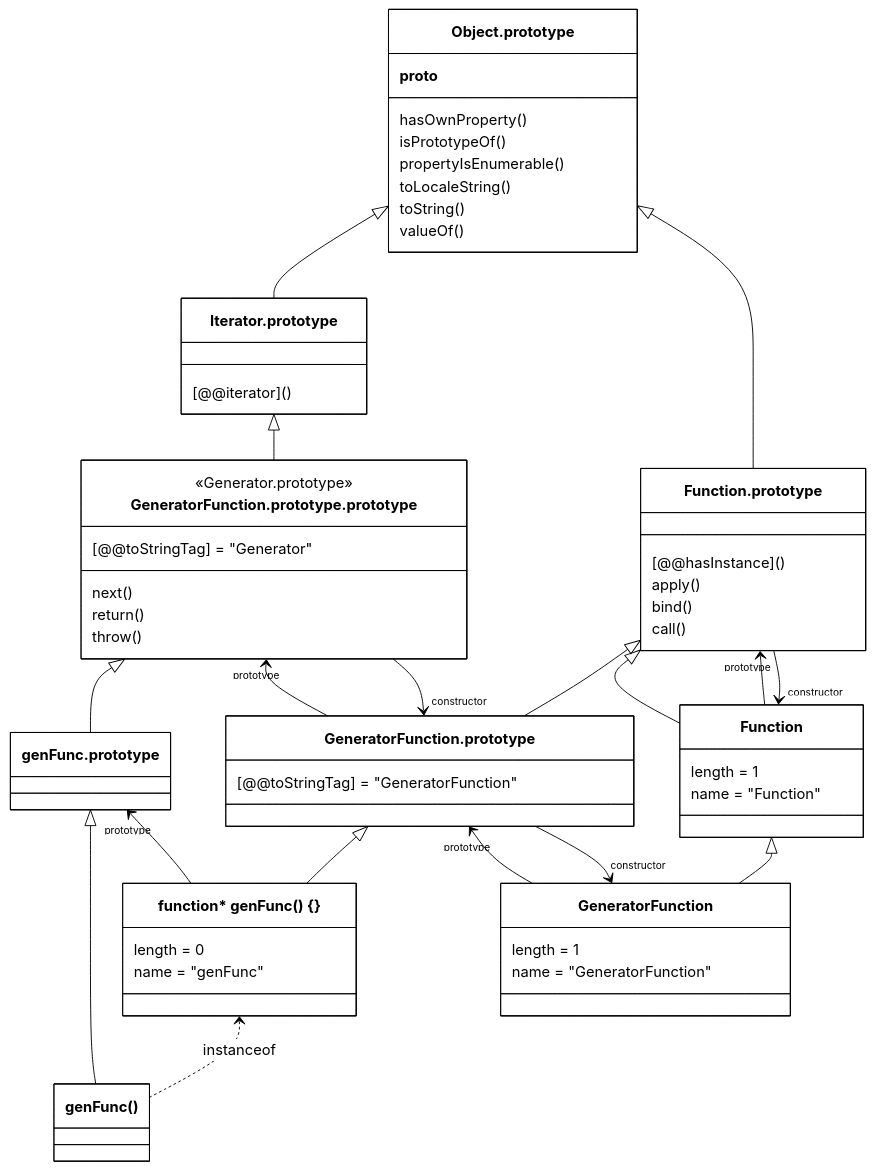
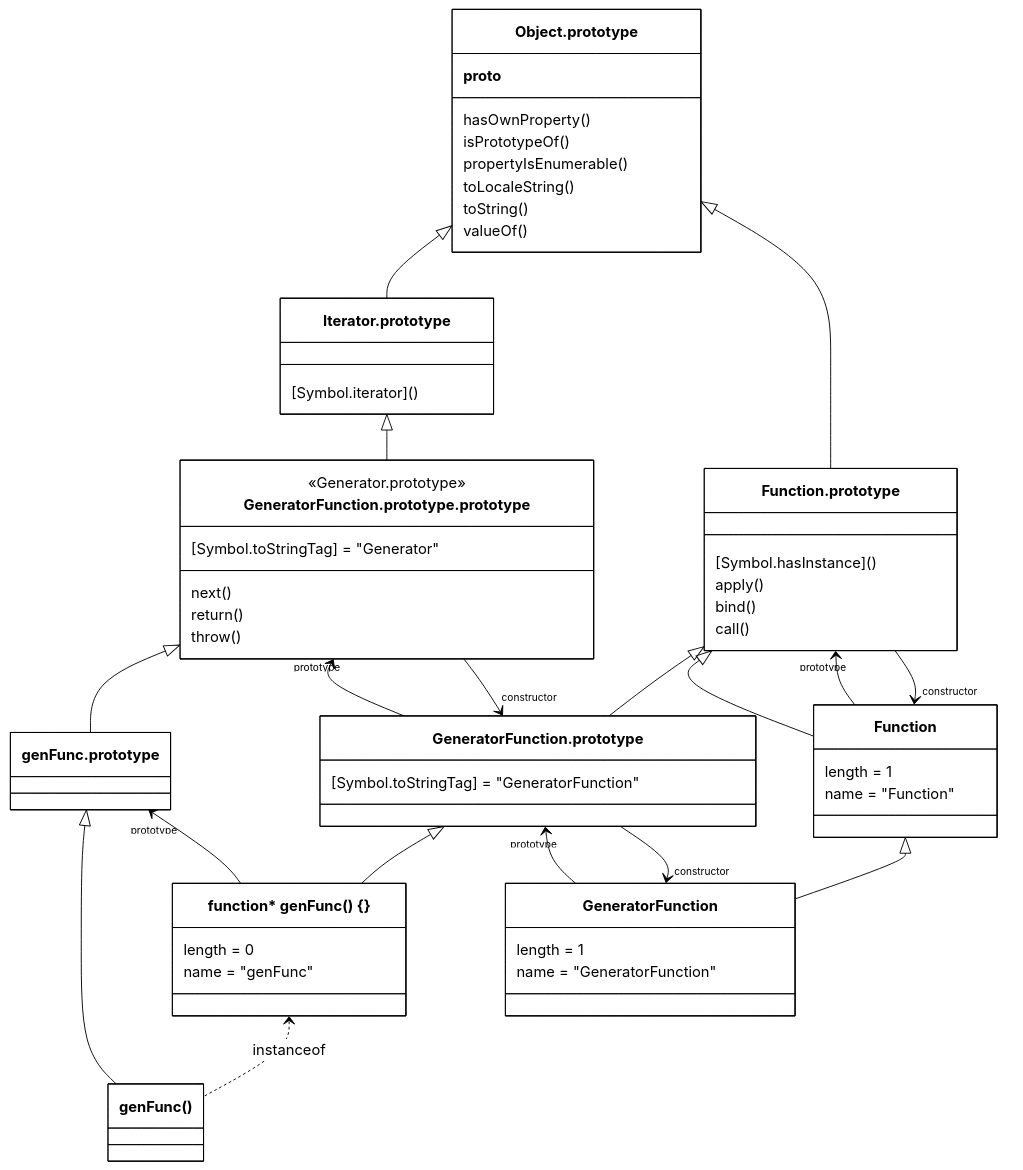
The diagram in images/diagrams/javascript/generatorfunction/prototype-chain.mmd (mdn/shared-assets), drawn with Mermaid before and after one commit. The commit also changed 3 other files, not shown here.

First line of the commit message:
Remove `@@notation` from generator prototype diagrams (#18)

```diff
--- a/images/diagrams/javascript/generatorfunction/prototype-chain.mmd
+++ b/images/diagrams/javascript/generatorfunction/prototype-chain.mmd
@@ -1,85 +1,85 @@
 %%{
   init: {
     'theme': 'base',
     'themeVariables': {
       'primaryColor': 'white',
       'primaryTextColor': 'black',
       'primaryBorderColor': 'black',
       'lineColor': 'black'
     }
   }
 }%%
 
 classDiagram
 
 `Object.prototype` <|-- `Iterator.prototype`
 `Iterator.prototype` <|-- `GeneratorFunction.prototype.prototype`
 `GeneratorFunction.prototype.prototype` <|-- `genFunc.prototype`
 `genFunc.prototype` <|-- `genFunc()`
 
 `Object.prototype` <|-- `Function.prototype`
 `Function.prototype` <|-- `GeneratorFunction.prototype`
 `GeneratorFunction.prototype` <|-- genFunc
 
 `Function.prototype` <|-- Function
 Function <|-- GeneratorFunction
 
 genFunc <.. `genFunc()` : instanceof
 `genFunc.prototype` "prototype" <-- genFunc
 `GeneratorFunction.prototype.prototype` "prototype" <-- `GeneratorFunction.prototype`
 `GeneratorFunction.prototype.prototype` --> "constructor" `GeneratorFunction.prototype`
 `GeneratorFunction.prototype` "prototype" <-- GeneratorFunction
 `GeneratorFunction.prototype` --> "constructor" GeneratorFunction
 `Function.prototype` "prototype" <-- Function
 `Function.prototype` --> "constructor" Function
 
 class `Object.prototype` {
   __proto__
 
   hasOwnProperty()
   isPrototypeOf()
   propertyIsEnumerable()
   toLocaleString()
   toString()
   valueOf()
 }
 class `Iterator.prototype` {
-  \[@@iterator]()
+  \[Symbol.iterator]()
 }
 class `GeneratorFunction.prototype.prototype` {
   <<Generator.prototype>>
-  [@@toStringTag] = "Generator"
+  [Symbol.toStringTag] = "Generator"
   next()
   return()
   throw()
 }
 
 class genFunc["function* genFunc() {}"] {
   length = 0
   name = "genFunc"
 }
 class `Function.prototype` {
-  \[@@hasInstance]()
+  \[Symbol.hasInstance]()
   apply()
   bind()
   call()
 }
 class `GeneratorFunction.prototype` {
-  [@@toStringTag] = "GeneratorFunction"
+  [Symbol.toStringTag] = "GeneratorFunction"
 }
 class GeneratorFunction {
   length = 1
   name = "GeneratorFunction"
 }
 class Function {
   length = 1
   name = "Function"
 }
 
 link `Object.prototype` "/en-US/docs/Web/JavaScript/Reference/Global_Objects/Object"
 link `Iterator.prototype` "/en-US/docs/Web/JavaScript/Reference/Global_Objects/Iterator"
 link `GeneratorFunction.prototype.prototype` "/en-US/docs/Web/JavaScript/Reference/Global_Objects/Generator"
 link `Function.prototype` "/en-US/docs/Web/JavaScript/Reference/Global_Objects/Function"
 link `GeneratorFunction.prototype` "/en-US/docs/Web/JavaScript/Reference/Global_Objects/GeneratorFunction"
 link GeneratorFunction "/en-US/docs/Web/JavaScript/Reference/Global_Objects/GeneratorFunction"
 link Function "/en-US/docs/Web/JavaScript/Reference/Global_Objects/Function"
```
